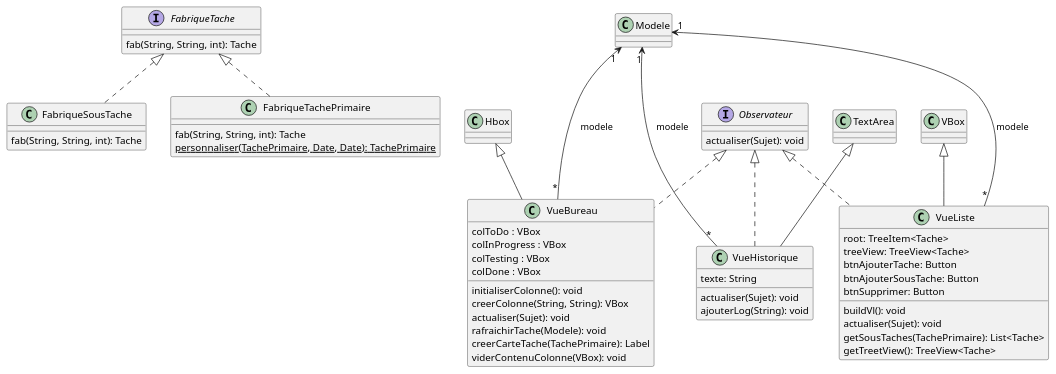
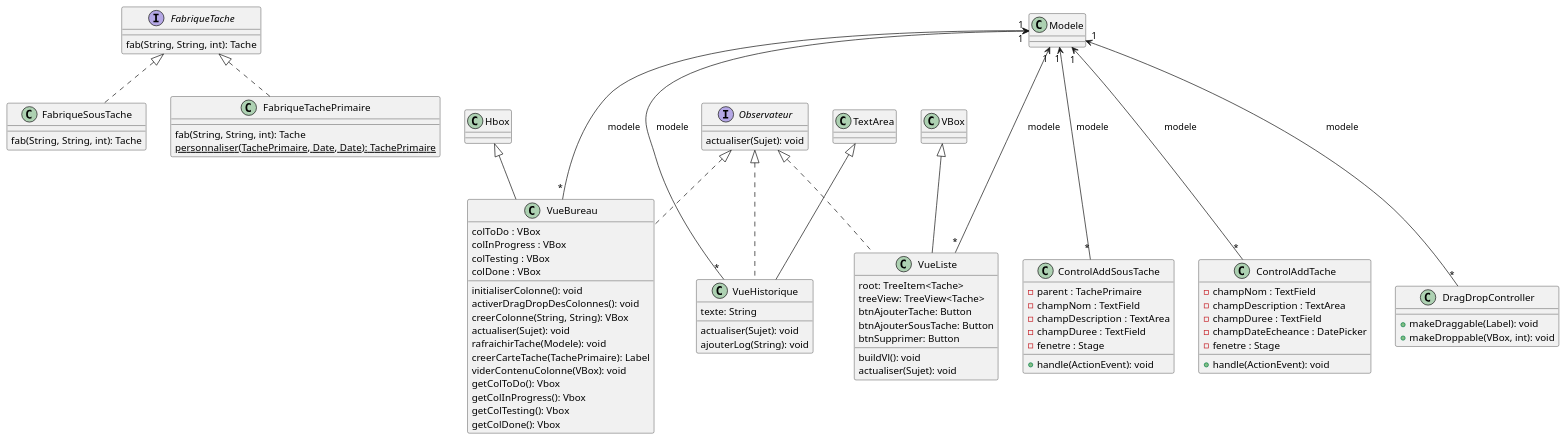
Before and after one commit to IanisPocachard/TouDou: the diagram in documents/iteration2/diagramme_classe.puml, drawn with PlantUML. The commit also changed 3 other files, not shown here.

```diff
--- a/documents/iteration2/diagramme_classe.puml
+++ b/documents/iteration2/diagramme_classe.puml
@@ -1,58 +1,92 @@
 @startuml
 'https://plantuml.com/sequence-diagram
 
 interface FabriqueTache{
     fab(String, String, int): Tache
 }
 
 class FabriqueSousTache implements FabriqueTache{
     fab(String, String, int): Tache
 }
 
 class FabriqueTachePrimaire implements FabriqueTache{
     fab(String, String, int): Tache
     {static} personnaliser(TachePrimaire, Date, Date): TachePrimaire
 }
 
 interface Observateur{
     actualiser(Sujet): void
 }
 
 class VueBureau extends Hbox implements Observateur{
     colToDo : VBox
     colInProgress : VBox
     colTesting : VBox
     colDone : VBox
 
     initialiserColonne(): void
+    activerDragDropDesColonnes(): void
     creerColonne(String, String): VBox
     actualiser(Sujet): void
     rafraichirTache(Modele): void
     creerCarteTache(TachePrimaire): Label
     viderContenuColonne(VBox): void
+    getColToDo(): Vbox
+    getColInProgress(): Vbox
+    getColTesting(): Vbox
+    getColDone(): Vbox
 }
 
 class VueHistorique extends TextArea implements Observateur{
     texte: String
     actualiser(Sujet): void
     ajouterLog(String): void
 }
 
 class VueListe extends VBox implements Observateur{
     root: TreeItem<Tache>
     treeView: TreeView<Tache>
     btnAjouterTache: Button
     btnAjouterSousTache: Button
     btnSupprimer: Button
+
     buildVl(): void
     actualiser(Sujet): void
-    getSousTaches(TachePrimaire): List<Tache>
-    getTreetView(): TreeView<Tache>
 }
+
+class ControlAddSousTache{
+        - parent : TachePrimaire
+        - champNom : TextField
+        - champDescription : TextArea
+        - champDuree : TextField
+        - fenetre : Stage
+
+        + handle(ActionEvent): void
+}
+
+class ControlAddTache{
+        - champNom : TextField
+        - champDescription : TextArea
+        - champDuree : TextField
+        - champDateEcheance : DatePicker
+        - fenetre : Stage
+
+        + handle(ActionEvent): void
+}
+
+class DragDropController{
+    + makeDraggable(Label): void
+    + makeDroppable(VBox, int): void
+}
+
+
+
+
 
 Modele"1" <--- "*"VueBureau : modele
 Modele"1" <--- "*"VueHistorique : modele
 Modele"1" <--- "*"VueListe : modele
-
-
+Modele"1" <--- "*"ControlAddSousTache : modele
+Modele"1" <--- "*"ControlAddTache : modele
+Modele"1" <--- "*"DragDropController : modele
 @enduml
```
